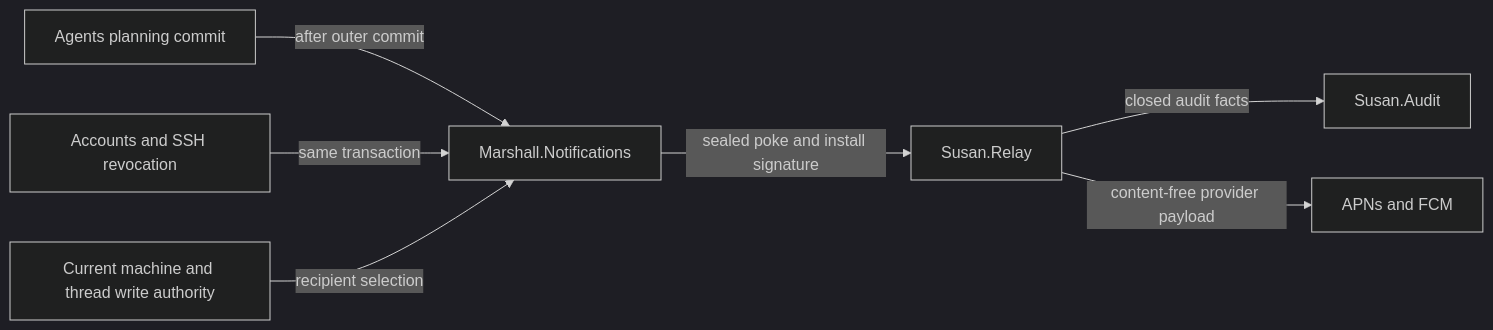
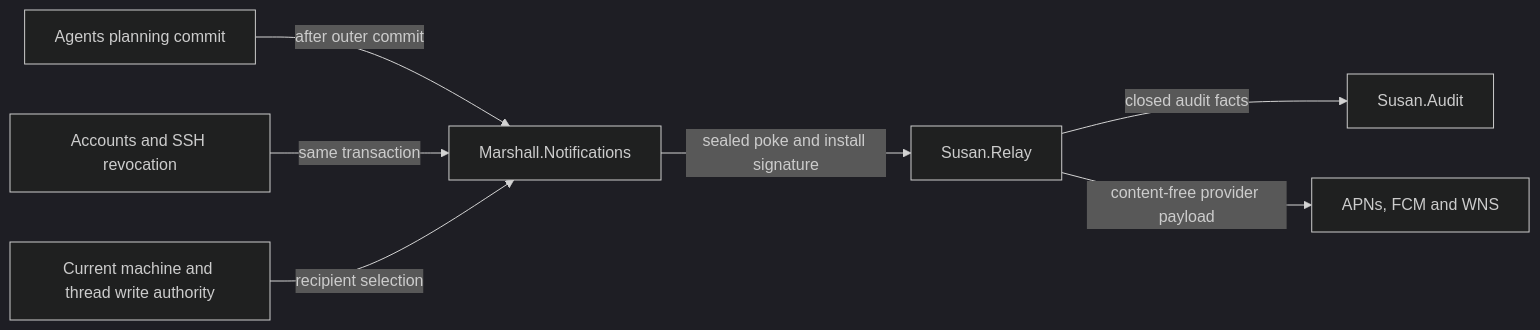
Before and after one commit to dlkeith-p-forks/overalls: the second of 8 diagrams in marshall/priv/hldd/21-domains.md, drawn with Mermaid (dark theme). The commit also changed 151 other files, not shown here.

````diff
--- a/marshall/priv/hldd/21-domains.md
+++ b/marshall/priv/hldd/21-domains.md
@@ -79,9 +79,9 @@
 ```mermaid
 flowchart LR
   Planning[Agents planning commit] -->|after outer commit| Notify[Marshall.Notifications]
   Accounts[Accounts and SSH revocation] -->|same transaction| Notify
   Access[Current machine and thread write authority] -->|recipient selection| Notify
   Notify -->|sealed poke and install signature| Relay[Susan.Relay]
   Relay -->|closed audit facts| Audit[Susan.Audit]
-  Relay -->|content-free provider payload| Provider[APNs and FCM]
+  Relay -->|content-free provider payload| Provider[APNs, FCM and WNS]
 ```
````
